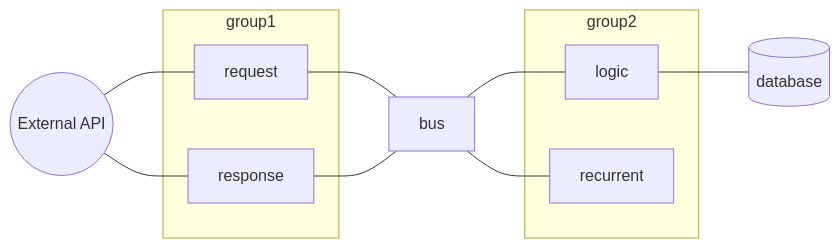
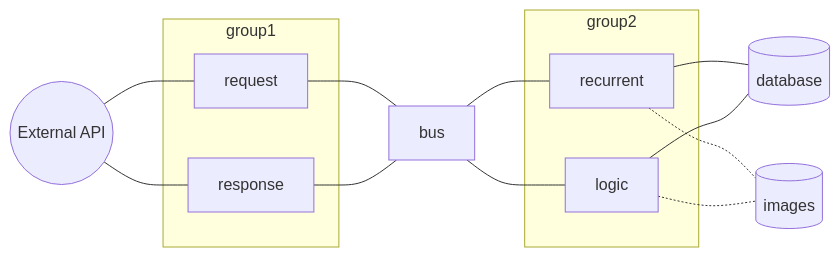
The diagram in README.md (agrrh/tg-snake-club-step-counter), drawn with Mermaid before and after one commit. The commit also changed 2 other files, not shown here.

Commit message:
feat: add redis

````diff
--- a/README.md
+++ b/README.md
@@ -39,25 +39,27 @@
 ```mermaid
 flowchart LR
   ext-api((External API))
   bus
   request
   response
   logic
   database[(database)]
+  images[(images)]
 
   subgraph group1
     request
     response
   end
 
   subgraph group2
     logic
     recurrent
   end
 
   ext-api --- request & response
   request & response --- bus
 
   bus --- logic & recurrent
-  logic --- database
+  recurrent & logic --- database
+  recurrent & logic -.- images
 ```
````
